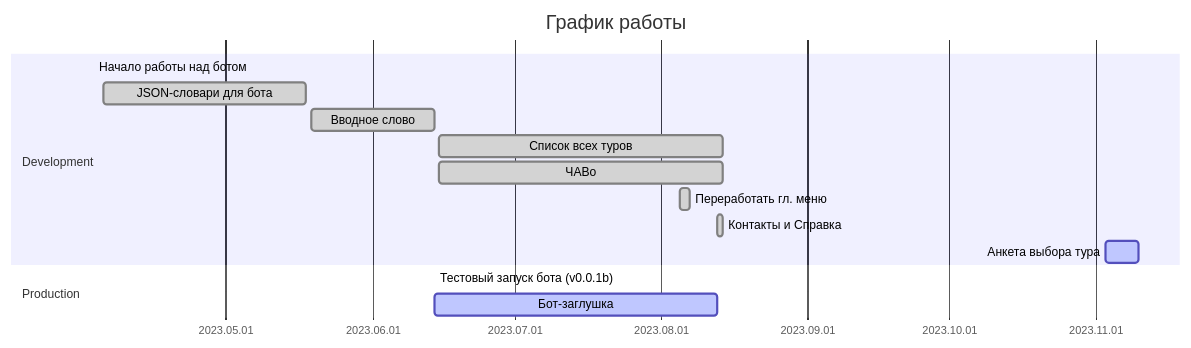
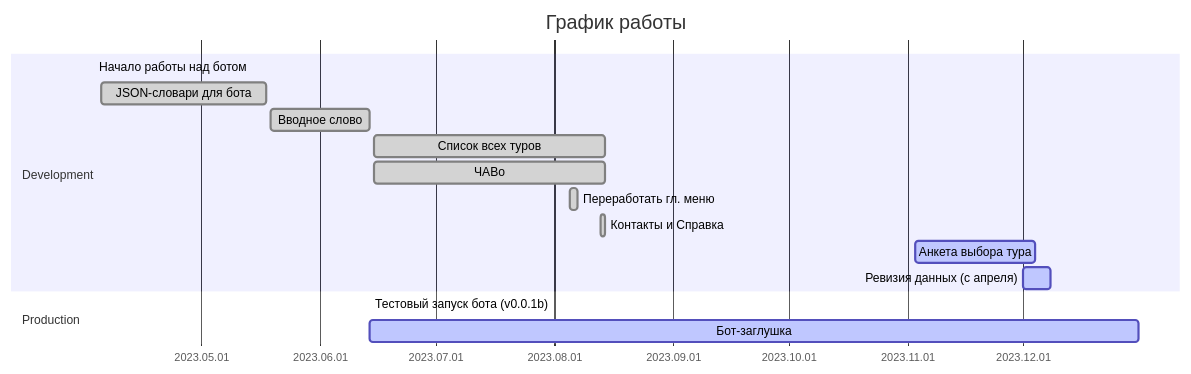
One commit to tropintropin/telegram_bot_peshehod_chat changed the first of 2 diagrams in README.md. Above: the diagram before and after it, drawn with Mermaid. The commit also changed other lines of this file, not shown here.

````diff
--- a/README.md
+++ b/README.md
@@ -49,19 +49,20 @@
 ```mermaid
 gantt
 title       График работы
 dateFormat  YYYY.MM.DD
 axisFormat  %Y.%m.%d
 excludes    
 section     Development
 Начало работы над ботом         :mileston,      2023.04.03, 
 JSON-словари для бота           :done,      a0, 2023.04.05, 2023.05.18
 Вводное слово                   :done,      a1, 2023.05.19, 2023.06.14
 Список всех туров               :done,    a2, 2023.06.15, 60d
 ЧАВо                            :done,    a3, 2023.06.15, 60d
 Переработать гл. меню           :done,      a5, 2023.08.05, 2d
 Контакты и Справка              :done,      a6, 2023.08.13, 1d
-Анкета выбора тура              :active,    a7, 2023.11.03, 7d
+Анкета выбора тура              :active,    a7, 2023.11.03, 31d
+Ревизия данных (с апреля)       :active,    a8, 2023.12.01, 7d
 section     Production
 Тестовый запуск бота (v0.0.1b)  :mileston,      2023.06.14,
-Бот-заглушка                    :active,    b0, 2023.06.14, 60d
+Бот-заглушка                    :active,    b0, 2023.06.14, 2023.12.31
 ```
````
